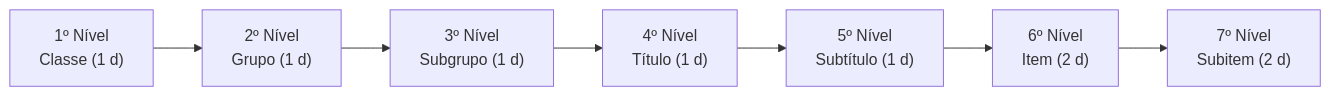
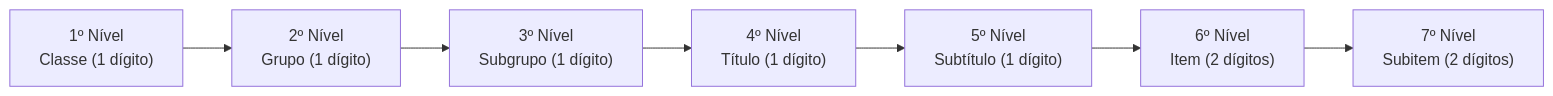
The second of 5 diagrams in fontes_de_estudo/conhecimentos_especificos_a01_tecnico_administrativo/20_contabilidade_aplicada_ao_setor_publico/03_pcasp_estrutura_e_lancamentos_contabeis.md (thiagosantos346/TCE-GO-2027), drawn with Mermaid before and after one commit. The commit also changed other lines of this file and 119 other files, not shown here.

````diff
--- a/fontes_de_estudo/conhecimentos_especificos_a01_tecnico_administrativo/20_contabilidade_aplicada_ao_setor_publico/03_pcasp_estrutura_e_lancamentos_contabeis.md
+++ b/fontes_de_estudo/conhecimentos_especificos_a01_tecnico_administrativo/20_contabilidade_aplicada_ao_setor_publico/03_pcasp_estrutura_e_lancamentos_contabeis.md
@@ -84,9 +91,9 @@
 ```mermaid
 flowchart LR
-    L1["1º Nível<br/>Classe (1 d)"] --> L2["2º Nível<br/>Grupo (1 d)"]
-    L2 --> L3["3º Nível<br/>Subgrupo (1 d)"]
-    L3 --> L4["4º Nível<br/>Título (1 d)"]
-    L4 --> L5["5º Nível<br/>Subtítulo (1 d)"]
-    L5 --> L6["6º Nível<br/>Item (2 d)"]
-    L6 --> L7["7º Nível<br/>Subitem (2 d)"]
+    N1["1º Nível<br/>Classe (1 dígito)"] --> N2["2º Nível<br/>Grupo (1 dígito)"]
+    N2 --> N3["3º Nível<br/>Subgrupo (1 dígito)"]
+    N3 --> N4["4º Nível<br/>Título (1 dígito)"]
+    N4 --> N5["5º Nível<br/>Subtítulo (1 dígito)"]
+    N5 --> N6["6º Nível<br/>Item (2 dígitos)"]
+    N6 --> N7["7º Nível<br/>Subitem (2 dígitos)"]
 ```
````
